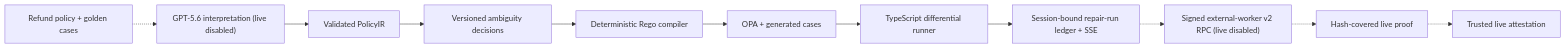
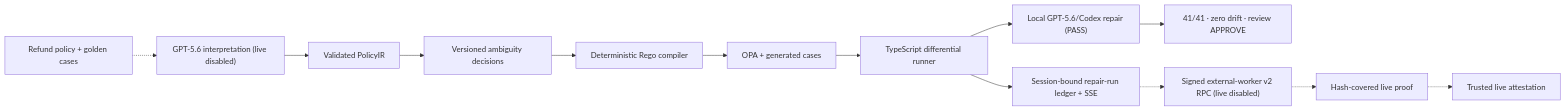
One commit to sel-chan/policytwin changed the diagram in README.md. Above: the diagram before and after it, drawn with Mermaid. The commit also changed other lines of this file and 17 other files, not shown here.

Commit message:
feat: publish validated GPT-5.6 repair evidence

````diff
--- a/README.md
+++ b/README.md
@@ -65,13 +68,15 @@
 ```mermaid
 flowchart LR
   A["Refund policy + golden cases"] -.-> B["GPT-5.6 interpretation (live disabled)"]
   B --> C["Validated PolicyIR"]
   C --> D["Versioned ambiguity decisions"]
   D --> E["Deterministic Rego compiler"]
   E --> F["OPA + generated cases"]
   F --> G["TypeScript differential runner"]
+  G --> L["Local GPT-5.6/Codex repair (PASS)"]
+  L --> M["41/41 · zero drift · review APPROVE"]
   G --> H["Session-bound repair-run ledger + SSE"]
   H -.-> I["Signed external-worker v2 RPC (live disabled)"]
   I -.-> J["Hash-covered live proof"]
   J -.-> K["Trusted live attestation"]
 ```
````
